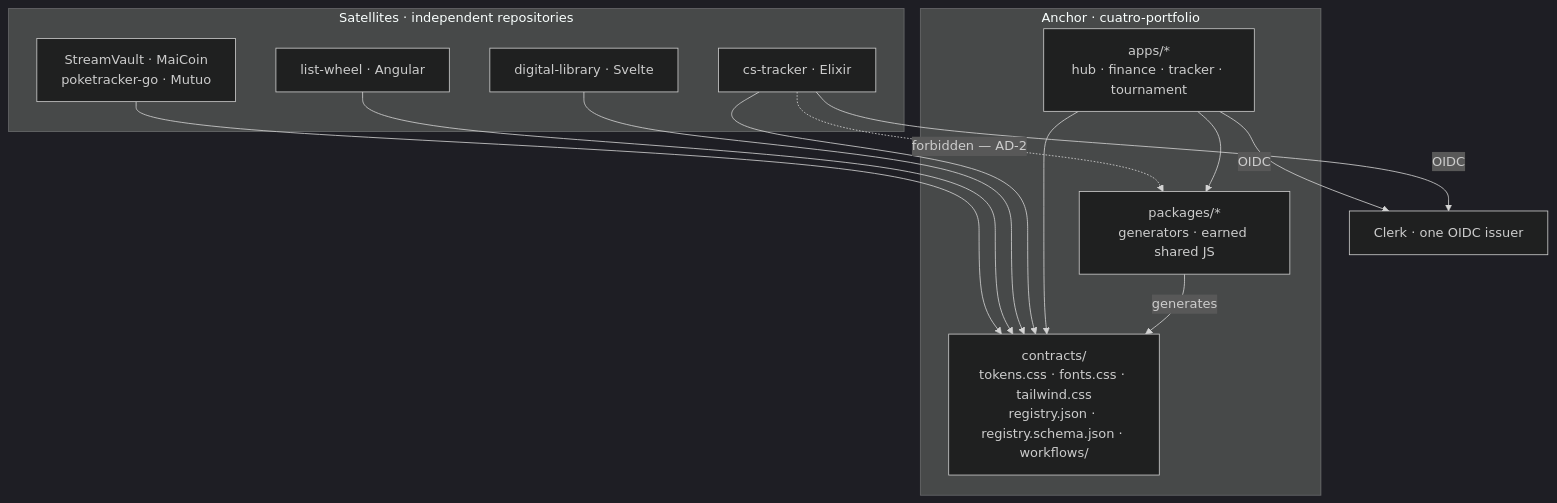
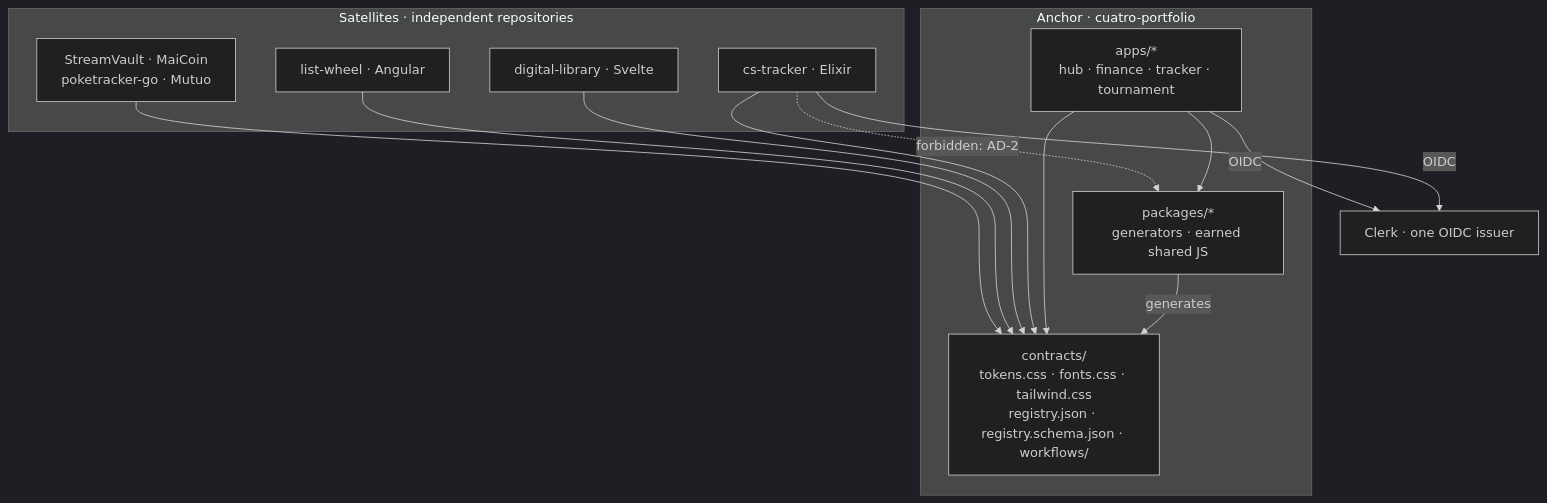
One commit to LuigiEspinosa/cuatro-portfolio changed the first of 3 diagrams in _bmad-output/planning-artifacts/architecture/architecture-cuatro-portfolio-2026-08-15/ARCHITECTURE-SPINE.md. Above: the diagram before and after it, drawn with Mermaid (dark theme). The commit also changed other lines of this file and 60 other files, not shown here.

````diff
--- a/_bmad-output/planning-artifacts/architecture/architecture-cuatro-portfolio-2026-08-15/ARCHITECTURE-SPINE.md
+++ b/_bmad-output/planning-artifacts/architecture/architecture-cuatro-portfolio-2026-08-15/ARCHITECTURE-SPINE.md
@@ -55,26 +55,26 @@
 ```mermaid
 graph TD
   subgraph anchor["Anchor · cuatro-portfolio"]
     pkgs["packages/*<br/>generators · earned shared JS"]
     apps["apps/*<br/>hub · finance · tracker · tournament"]
     contracts["contracts/<br/>tokens.css · fonts.css · tailwind.css<br/>registry.json · registry.schema.json · workflows/"]
   end
   subgraph sats["Satellites · independent repositories"]
     cst["cs-tracker · Elixir"]
     dl["digital-library · Svelte"]
     lw["list-wheel · Angular"]
     rest["StreamVault · MaiCoin<br/>poketracker-go · Mutuo"]
   end
   clerk["Clerk · one OIDC issuer"]
 
   pkgs -->|generates| contracts
   apps --> pkgs
   apps --> contracts
   cst --> contracts
   dl --> contracts
   lw --> contracts
   rest --> contracts
   apps -->|OIDC| clerk
   cst -->|OIDC| clerk
-  cst -. "forbidden — AD-2" .-> pkgs
+  cst -. "forbidden: AD-2" .-> pkgs
 ```
````
